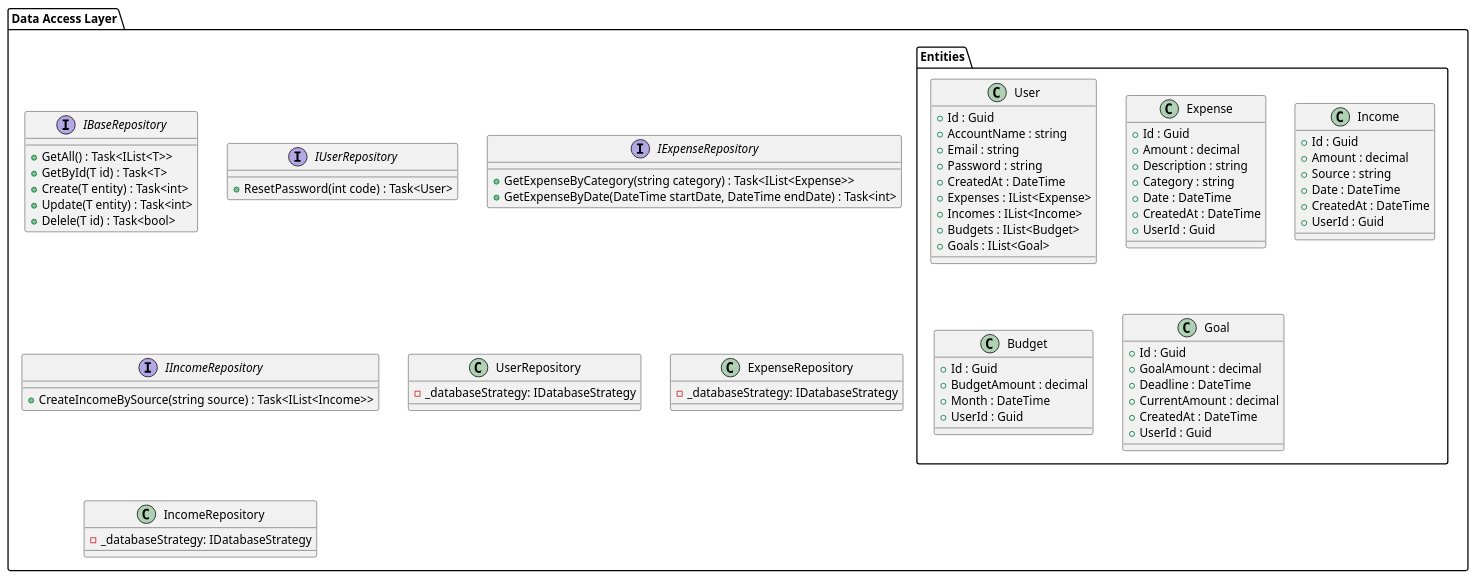
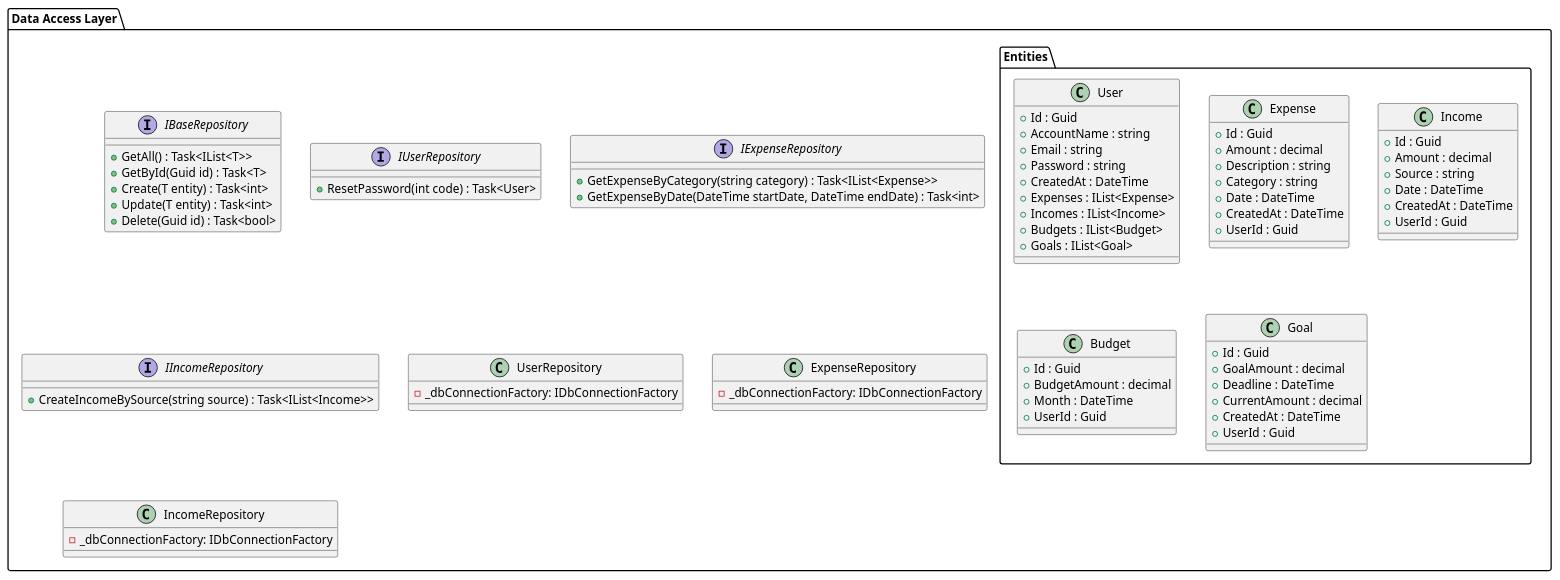
One commit to programacion-6/ExpenseTrackerGrupo2 changed the diagram in docs/uml/data-access.puml. Above: the diagram before and after it, drawn with PlantUML. The commit also changed 1 other file, not shown here.

```diff
--- a/docs/uml/data-access.puml
+++ b/docs/uml/data-access.puml
@@ -1,87 +1,87 @@
 @startuml Data Access
 
 package "Data Access Layer" {
     interface IBaseRepository {
         + GetAll() : Task<IList<T>>  
-        + GetById(T id) : Task<T>
+        + GetById(Guid id) : Task<T>
         + Create(T entity) : Task<int>
         + Update(T entity) : Task<int>
-        + Delele(T id) : Task<bool>
+        + Delete(Guid id) : Task<bool>
     }
 
     interface IUserRepository {
         + ResetPassword(int code) : Task<User>
     }
     
     interface IExpenseRepository {
         + GetExpenseByCategory(string category) : Task<IList<Expense>>
         + GetExpenseByDate(DateTime startDate, DateTime endDate) : Task<int>
     }
 
     interface IIncomeRepository {
         + CreateIncomeBySource(string source) : Task<IList<Income>>
     }
 
     class UserRepository {
-        - _databaseStrategy: IDatabaseStrategy
+        - _dbConnectionFactory: IDbConnectionFactory
     }
 
     class ExpenseRepository {
-        - _databaseStrategy: IDatabaseStrategy
+        - _dbConnectionFactory: IDbConnectionFactory
     }
 
     class IncomeRepository {
-        - _databaseStrategy: IDatabaseStrategy
+        - _dbConnectionFactory: IDbConnectionFactory
     }
 
     package "Entities" {
         class User {
             + Id : Guid
             + AccountName : string
             + Email : string
             + Password : string
             + CreatedAt : DateTime
             + Expenses : IList<Expense>
             + Incomes : IList<Income>
             + Budgets : IList<Budget>
             + Goals : IList<Goal>
         }
 
         class Expense {
             + Id : Guid
             + Amount : decimal
             + Description : string
             + Category : string
             + Date : DateTime
             + CreatedAt : DateTime
             + UserId : Guid
         }
 
         class Income {
             + Id : Guid
             + Amount : decimal
             + Source : string
             + Date : DateTime
             + CreatedAt : DateTime
             + UserId : Guid
         }
 
         class Budget {
             + Id : Guid
             + BudgetAmount : decimal
             + Month : DateTime
             + UserId : Guid
         }
 
         class Goal {
             + Id : Guid
             + GoalAmount : decimal
             + Deadline : DateTime
             + CurrentAmount : decimal
             + CreatedAt : DateTime
             + UserId : Guid
         }
     }
 }
 
 @enduml
```
